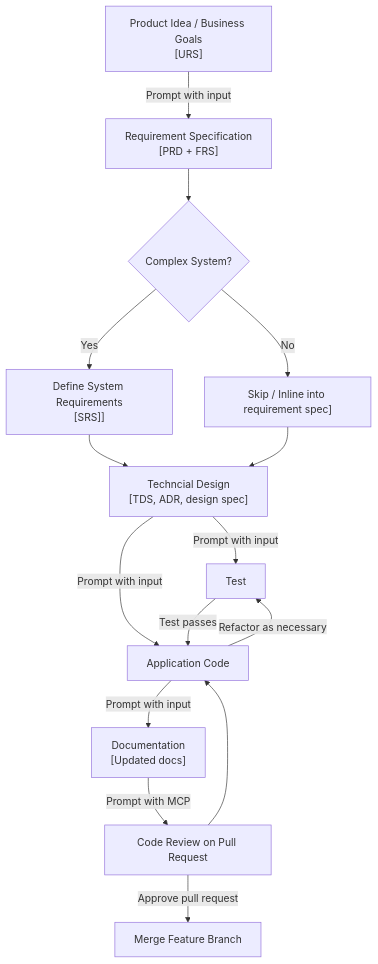
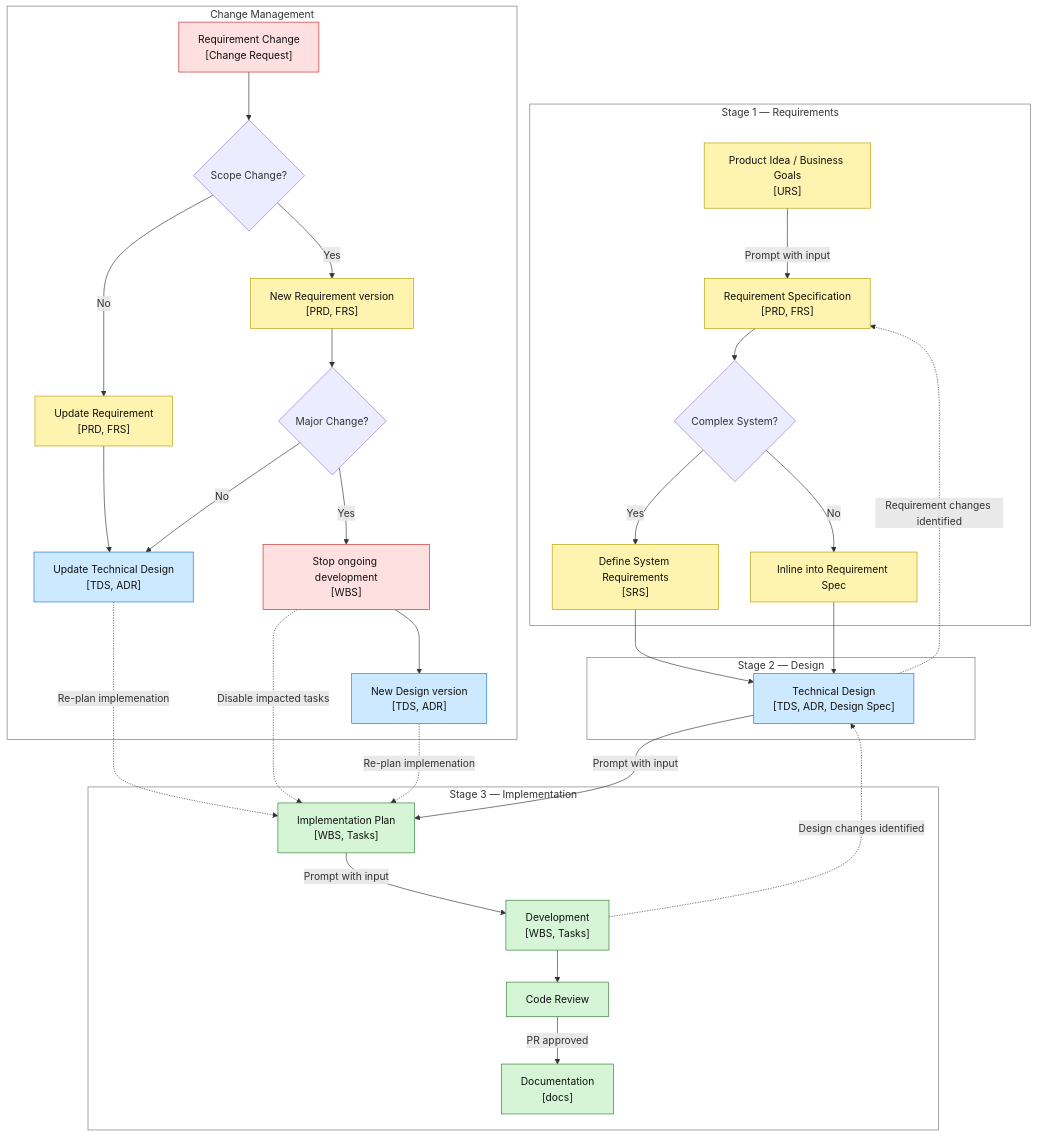
One commit to kevinlin/ai-sdlc-playbook changed the diagram in docs/workflow/feature-based-development/01-getting-started.md. Above: the diagram before and after it, drawn with Mermaid. The commit also changed other lines of this file, not shown here.

Commit message:
Update the workflow flowchat and write-up

````diff
--- a/docs/workflow/feature-based-development/01-getting-started.md
+++ b/docs/workflow/feature-based-development/01-getting-started.md
@@ -13,20 +13,79 @@
 ```mermaid
 ---
 config:
   layout: dagre
 ---
-flowchart TD
-    UR["Product Idea / Business Goals<br>[URS]"] -- Prompt with input --> RS["Requirement Specification<br>[PRD + FRS]"]
-    RS --> CS{"Complex System?"}
-    CS -- Yes --> SRY["Define System Requirements<br>[SRS]]"]
-    CS -- No --> SRN["Skip / Inline into requirement spec]"]
-    SRY --> TD["Techncial Design<br>[TDS, ADR, design spec]"]
+flowchart TB
+ subgraph RQ["Stage 1 — Requirements"]
+        UR["Product Idea / Business Goals<br>[URS]"]
+        RS["Requirement Specification<br>[PRD, FRS]"]
+        CS?{"Complex System?"}
+        SRY["Define System Requirements<br>[SRS]"]
+        SRN["Inline into Requirement Spec"]
+  end
+ subgraph DG["Stage 2 — Design"]
+        TD["Technical Design<br>[TDS, ADR, Design Spec]"]
+  end
+ subgraph IMPL["Stage 3 — Implementation"]
+        IP["Implementation Plan<br>[WBS, Tasks]"]
+        Dev["Development<br>[WBS, Tasks]"]
+        CR["Code Review"]
+        Doc["Documentation<br>[docs]"]
+  end
+ subgraph CHG["Change Management"]
+        RC["Requirement Change<br>[Change Request]"]
+        SC?{"Scope Change?"}
+        MC?{"Major Change?"}
+        URu["Update Requirement<br>[PRD, FRS]"]
+        TDu["Update Technical Design<br>[TDS, ADR]"]
+        URn["New Requirement version<br>[PRD, FRS]"]
+        TDn["New Design version<br>[TDS, ADR]"]
+        WBSd["Stop ongoing development<br>[WBS]"]
+  end
+    UR -- Prompt with input --> RS
+    RS --> CS?
+    CS? -- Yes --> SRY
+    CS? -- No --> SRN
+    SRY --> TD
     SRN --> TD
-    TD -- Prompt with input --> Te["Test"] & AC["Application Code"]
-    Te -- Test passes --> AC
-    AC -- Refactor as necessary --> Te
-    AC -- Prompt with input --> Doc["Documentation<br>[Updated docs]"]
-    Doc -- Prompt with MCP --> CR["Code Review on Pull Request"]
-    CR --> AC
-    CR -- Approve pull request --> MR["Merge Feature Branch"]
+    TD -. Requirement changes identified .-> RS
+    TD -- Prompt with input --> IP
+    IP -- Prompt with input --> Dev
+    Dev -. Design changes identified .-> TD
+    Dev --> CR
+    CR -- PR approved --> Doc
+    RC --> SC?
+    SC? -- No --> URu
+    URu --> TDu
+    SC? -- Yes --> URn
+    URn --> MC?
+    MC? -- No --> TDu
+    TDu -. "Re-plan implemenation" .-> IP
+    MC? -- Yes --> WBSd
+    WBSd -. Disable impacted tasks .-> IP
+    WBSd --> TDn
+    TDn -. "Re-plan implemenation" .-> IP
+     UR:::req
+     RS:::req
+     SRY:::req
+     SRN:::req
+     TD:::des
+     IP:::impl
+     Dev:::impl
+     CR:::impl
+     Doc:::impl
+     RC:::change
+     URu:::req
+     TDu:::des
+     URn:::req
+     TDn:::des
+     WBSd:::change
+    classDef req fill:#FFF3B0,stroke:#B89E00,stroke-width:1px,color:#111
+    classDef des fill:#CDE9FF,stroke:#1976D2,stroke-width:1px,color:#111
+    classDef impl fill:#D6F5D6,stroke:#2E7D32,stroke-width:1px,color:#111
+    classDef change fill:#FFE0E0,stroke:#C62828,stroke-width:1px,color:#111
+    style RQ stroke:#757575,fill:transparent
+    style DG stroke:#757575,fill:transparent
+    style IMPL stroke:#757575,fill:transparent
+    style CHG stroke:#757575,fill:transparent
 ```
````
